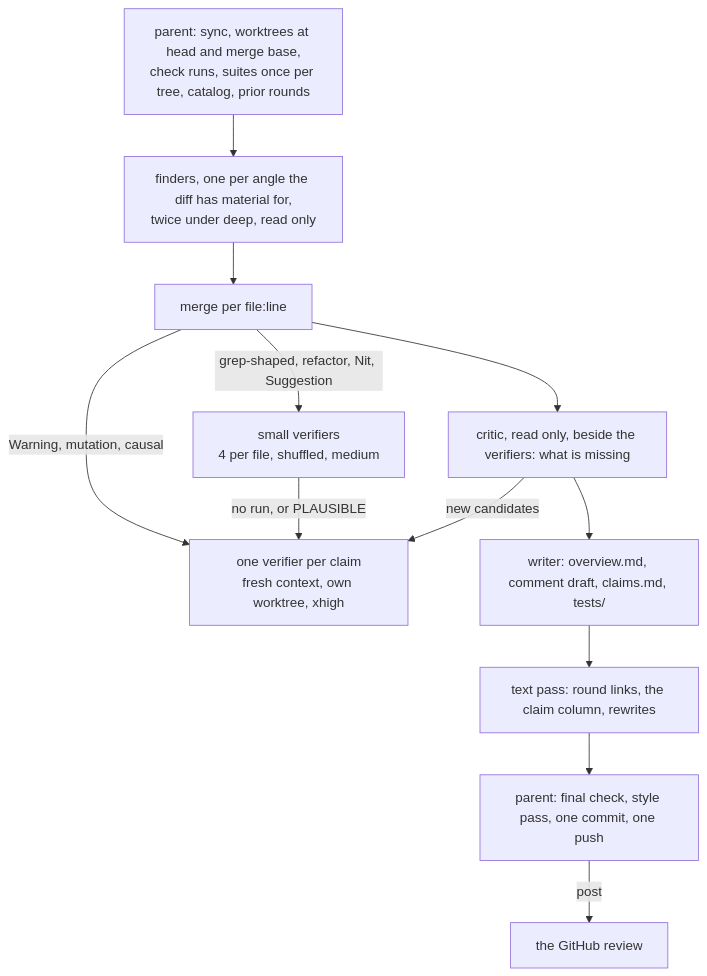
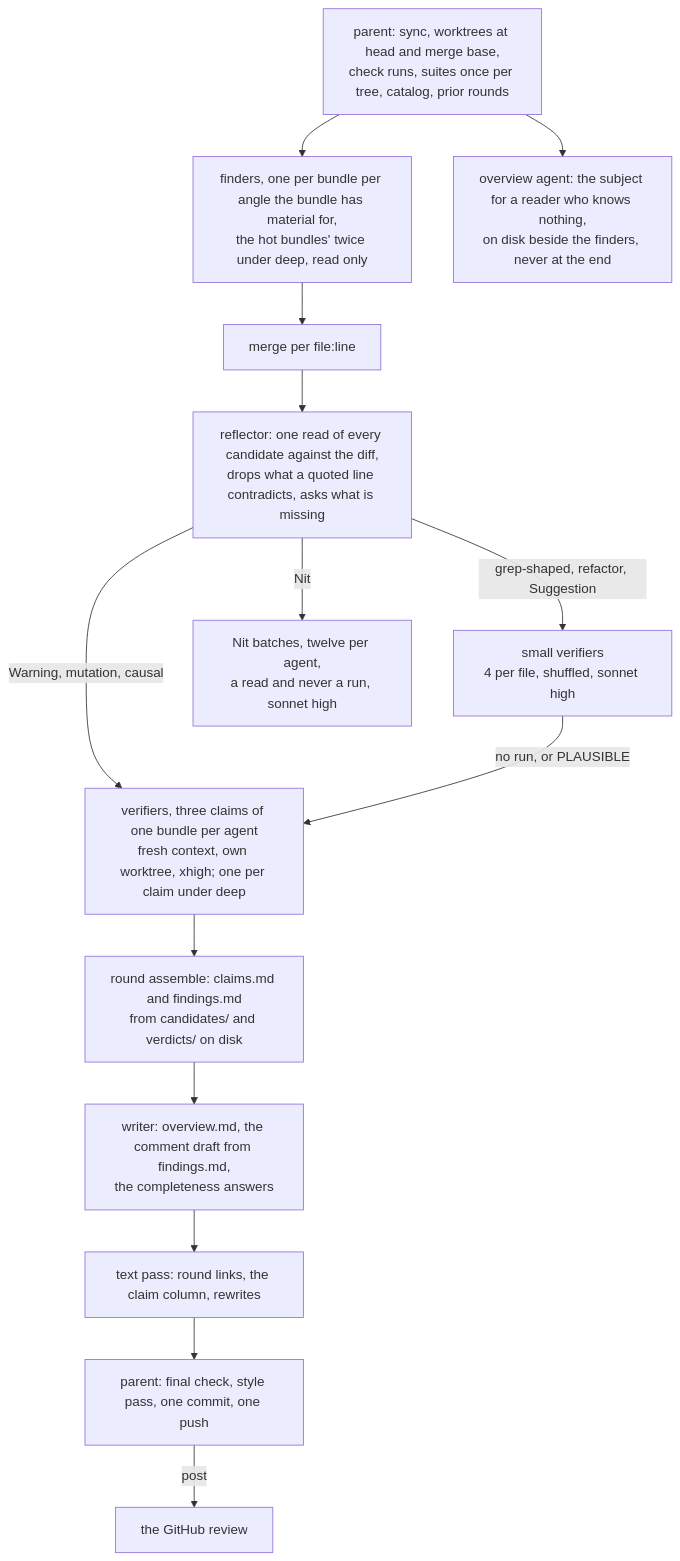
One commit to davd-gzl/skills changed the diagram in README.md. Above: the diagram before and after it, drawn with Mermaid. The commit also changed other lines of this file and 2 other files, not shown here.

````diff
--- a/README.md
+++ b/README.md
@@ -100,14 +101,16 @@
 ```mermaid
 flowchart TD
   P[parent: sync, worktrees at head and merge base,<br/>check runs, suites once per tree, catalog, prior rounds] --> F
-  F[finders, one per angle the diff has material for,<br/>twice under deep, read only] --> M[merge per file:line]
-  M -->|Warning, mutation, causal| B[one verifier per claim<br/>fresh context, own worktree, xhigh]
-  M -->|grep-shaped, refactor, Nit, Suggestion| S[small verifiers<br/>4 per file, shuffled, medium]
+  P --> O[overview agent: the subject for a reader who knows nothing,<br/>on disk beside the finders, never at the end]
+  F[finders, one per bundle per angle the bundle has material for,<br/>the hot bundles' twice under deep, read only] --> M[merge per file:line]
+  M --> R[reflector: one read of every candidate against the diff,<br/>drops what a quoted line contradicts, asks what is missing]
+  R -->|Warning, mutation, causal| B[verifiers, three claims of one bundle per agent<br/>fresh context, own worktree, xhigh; one per claim under deep]
+  R -->|grep-shaped, refactor, Suggestion| S[small verifiers<br/>4 per file, shuffled, sonnet high]
+  R -->|Nit| N[Nit batches, twelve per agent,<br/>a read and never a run, sonnet high]
   S -->|no run, or PLAUSIBLE| B
-  M --> C[critic, read only, beside the verifiers: what is missing]
-  C -->|new candidates| B
-  C --> W[writer: overview.md, comment draft, claims.md, tests/]
+  B --> A[round assemble: claims.md and findings.md<br/>from candidates/ and verdicts/ on disk]
+  A --> W[writer: overview.md, the comment draft from findings.md,<br/>the completeness answers]
   W --> T[text pass: round links, the claim column, rewrites]
   T --> Q[parent: final check, style pass, one commit, one push]
   Q -->|post| G[the GitHub review]
 ```
````
